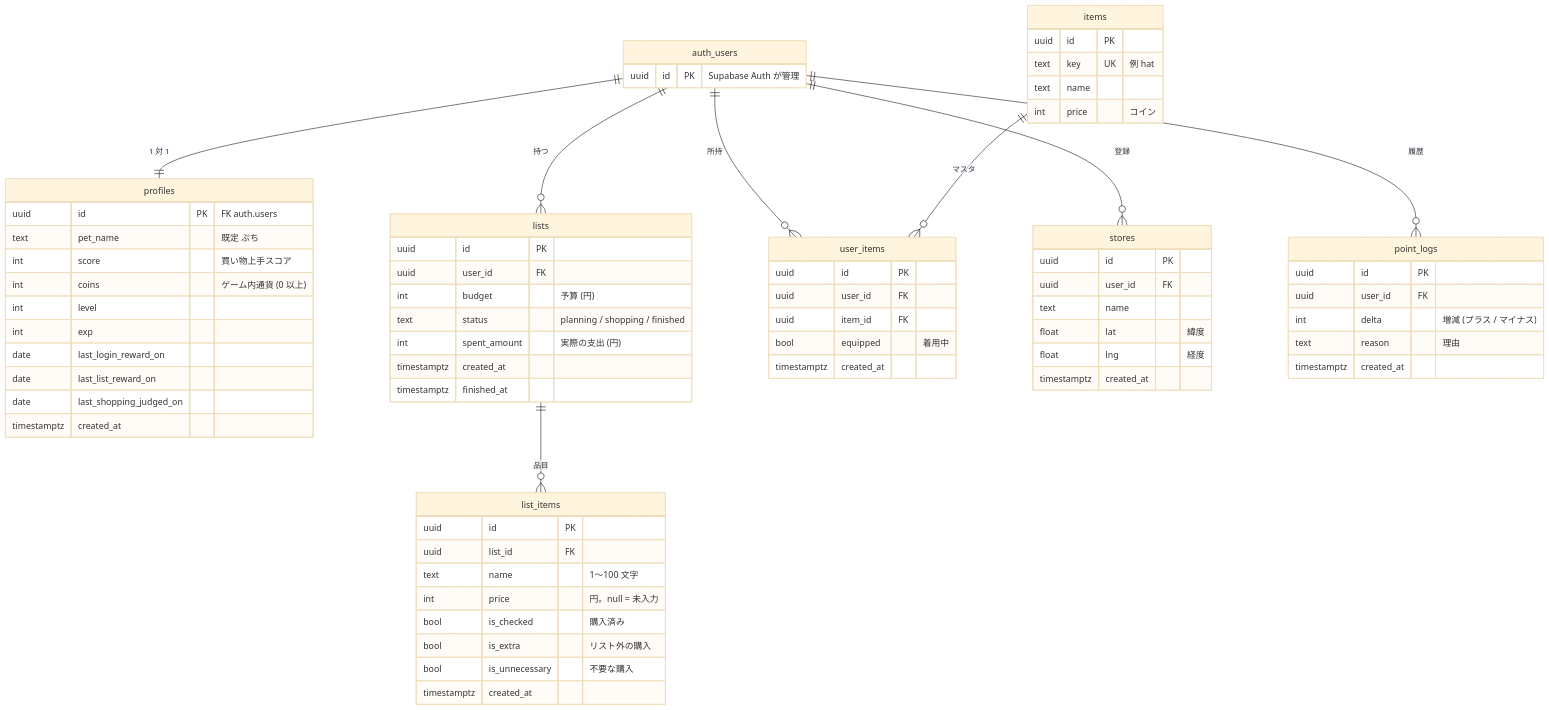
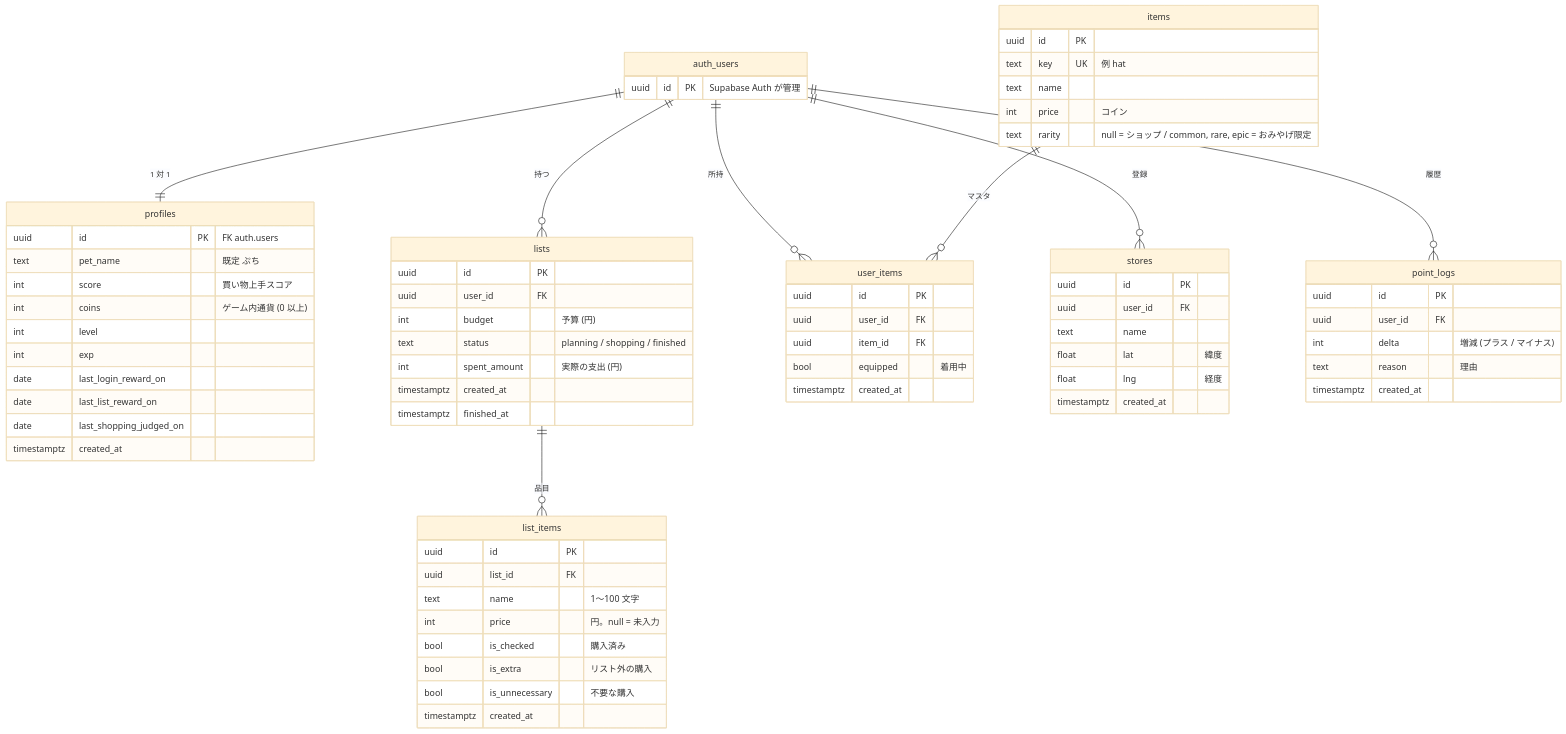
Before and after one commit to run01ia/shiplabhackathon-2026: the diagram in docs/guide/database.md, drawn with Mermaid (base theme). The commit also changed other lines of this file and 19 other files, not shown here.

````diff
--- a/docs/guide/database.md
+++ b/docs/guide/database.md
@@ -8,73 +8,74 @@
 ```mermaid
 erDiagram
   auth_users ||--|| profiles : "1 対 1"
   auth_users ||--o{ lists : "持つ"
   lists ||--o{ list_items : "品目"
   auth_users ||--o{ user_items : "所持"
   items ||--o{ user_items : "マスタ"
   auth_users ||--o{ stores : "登録"
   auth_users ||--o{ point_logs : "履歴"
 
   auth_users {
     uuid id PK "Supabase Auth が管理"
   }
   profiles {
     uuid id PK "FK auth.users"
     text pet_name "既定 ぷち"
     int score "買い物上手スコア"
     int coins "ゲーム内通貨 (0 以上)"
     int level
     int exp
     date last_login_reward_on
     date last_list_reward_on
     date last_shopping_judged_on
     timestamptz created_at
   }
   lists {
     uuid id PK
     uuid user_id FK
     int budget "予算 (円)"
     text status "planning / shopping / finished"
     int spent_amount "実際の支出 (円)"
     timestamptz created_at
     timestamptz finished_at
   }
   list_items {
     uuid id PK
     uuid list_id FK
     text name "1〜100 文字"
     int price "円。null = 未入力"
     bool is_checked "購入済み"
     bool is_extra "リスト外の購入"
     bool is_unnecessary "不要な購入"
     timestamptz created_at
   }
   items {
     uuid id PK
     text key UK "例 hat"
     text name
     int price "コイン"
+    text rarity "null = ショップ / common, rare, epic = おみやげ限定"
   }
   user_items {
     uuid id PK
     uuid user_id FK
     uuid item_id FK
     bool equipped "着用中"
     timestamptz created_at
   }
   stores {
     uuid id PK
     uuid user_id FK
     text name
     float lat "緯度"
     float lng "経度"
     timestamptz created_at
   }
   point_logs {
     uuid id PK
     uuid user_id FK
     int delta "増減 (プラス / マイナス)"
     text reason "理由"
     timestamptz created_at
   }
 ```
````
